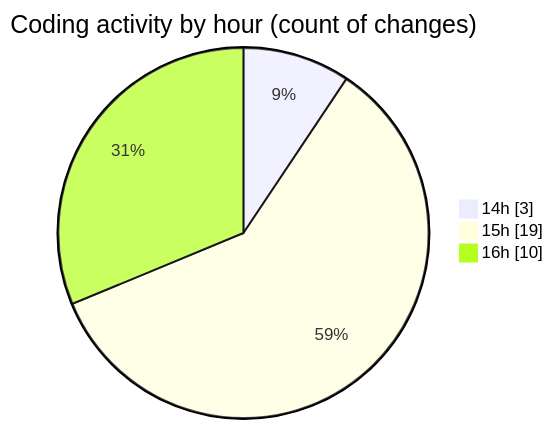
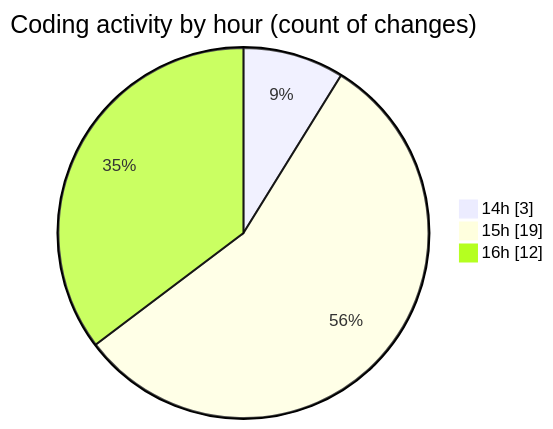
Before and after one commit to debugP/code-tracking: the second of 2 diagrams in 2025-10-02/untitled__workspace_/README.md, drawn with Mermaid. The commit also changed other lines of this file and 1 other file, not shown here.

````diff
--- a/2025-10-02/untitled__workspace_/README.md
+++ b/2025-10-02/untitled__workspace_/README.md
@@ -29,7 +29,7 @@
 ```mermaid
 pie showData
 title Coding activity by hour (count of changes)
 "14h" : 3
 "15h" : 19
-"16h" : 10
+"16h" : 12
 ```
````
